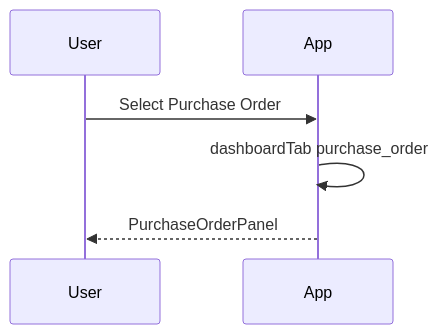
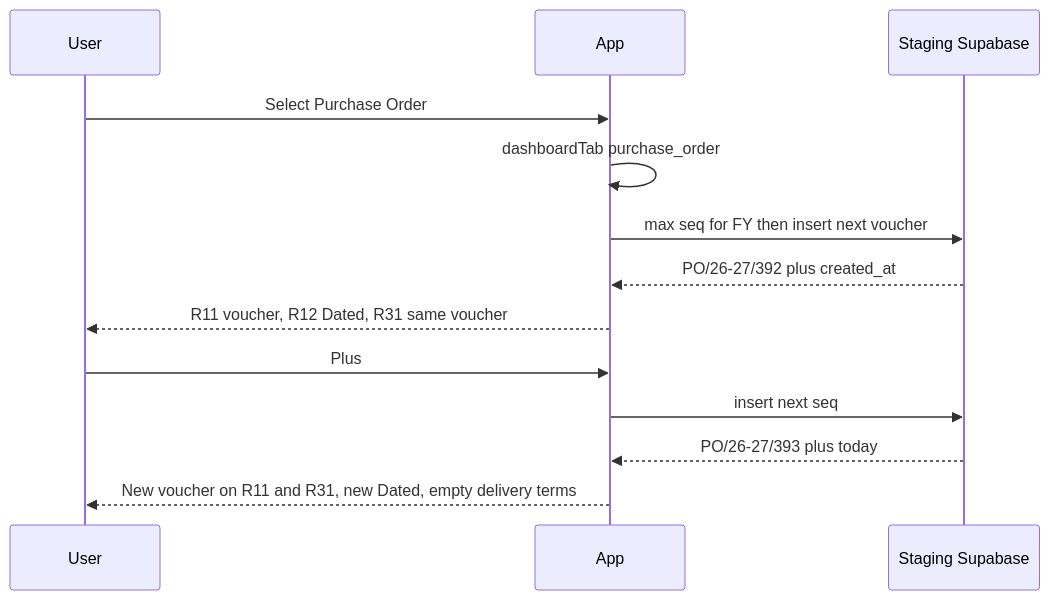
The tenth of 10 diagrams in docs/FLOWCHARTS.md (Mayur8291/Printing-Tracker), drawn with Mermaid before and after one commit. The commit also changed other lines of this file and 14 other files, not shown here.

Commit message:
Fill the Purchase Order sheet with voucher numbers, dates, and delivery terms.

````diff
--- a/docs/FLOWCHARTS.md
+++ b/docs/FLOWCHARTS.md
@@ -153,8 +167,15 @@
 ```mermaid
 sequenceDiagram
   participant User
   participant App
+  participant SB as Staging Supabase
   User->>App: Select Purchase Order
   App->>App: dashboardTab purchase_order
-  App-->>User: PurchaseOrderPanel
+  App->>SB: max seq for FY then insert next voucher
+  SB-->>App: PO/26-27/392 plus created_at
+  App-->>User: R11 voucher, R12 Dated, R31 same voucher
+  User->>App: Plus
+  App->>SB: insert next seq
+  SB-->>App: PO/26-27/393 plus today
+  App-->>User: New voucher on R11 and R31, new Dated, empty delivery terms
 ```
````
